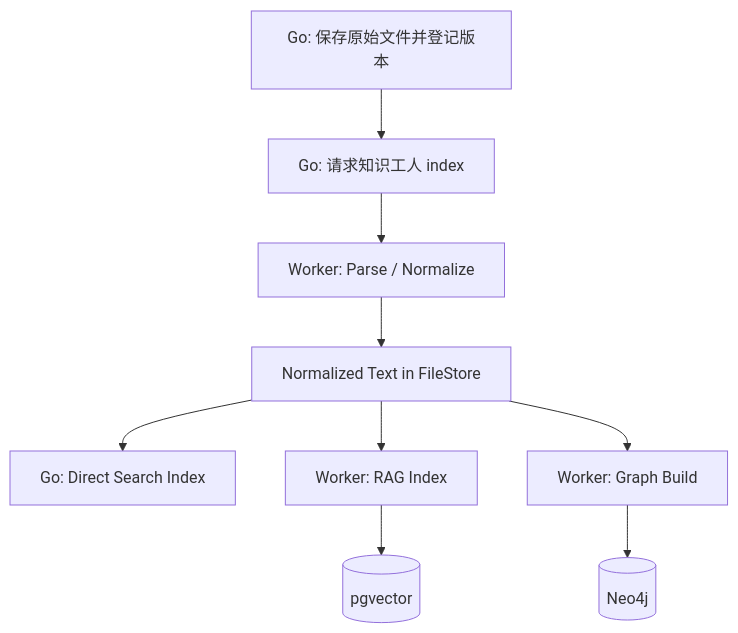
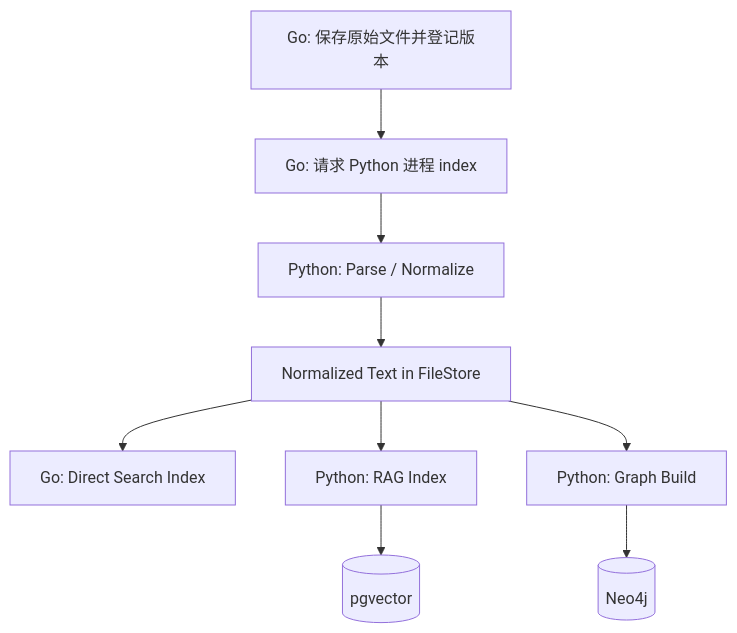
Before and after one commit to luanchang-zh/ChatDesk: the third of 3 diagrams in docs/total/03_system_architecture.md, drawn with Mermaid. The commit also changed other lines of this file and 28 other files, not shown here.

````diff
--- a/docs/total/03_system_architecture.md
+++ b/docs/total/03_system_architecture.md
@@ -206,14 +207,14 @@
 ```mermaid
 flowchart TB
     Upload[Go: 保存原始文件并登记版本]
-    Upload --> Job[Go: 请求知识工人 index]
-    Job --> Parse[Worker: Parse / Normalize]
+    Upload --> Job[Go: 请求 Python 进程 index]
+    Job --> Parse[Python: Parse / Normalize]
     Parse --> Text[Normalized Text in FileStore]
 
     Text --> Direct[Go: Direct Search Index]
-    Text --> RAG[Worker: RAG Index]
-    Text --> KG[Worker: Graph Build]
+    Text --> RAG[Python: RAG Index]
+    Text --> KG[Python: Graph Build]
 
     RAG --> Vector[(pgvector)]
     KG --> Neo4j[(Neo4j)]
 ```
````
